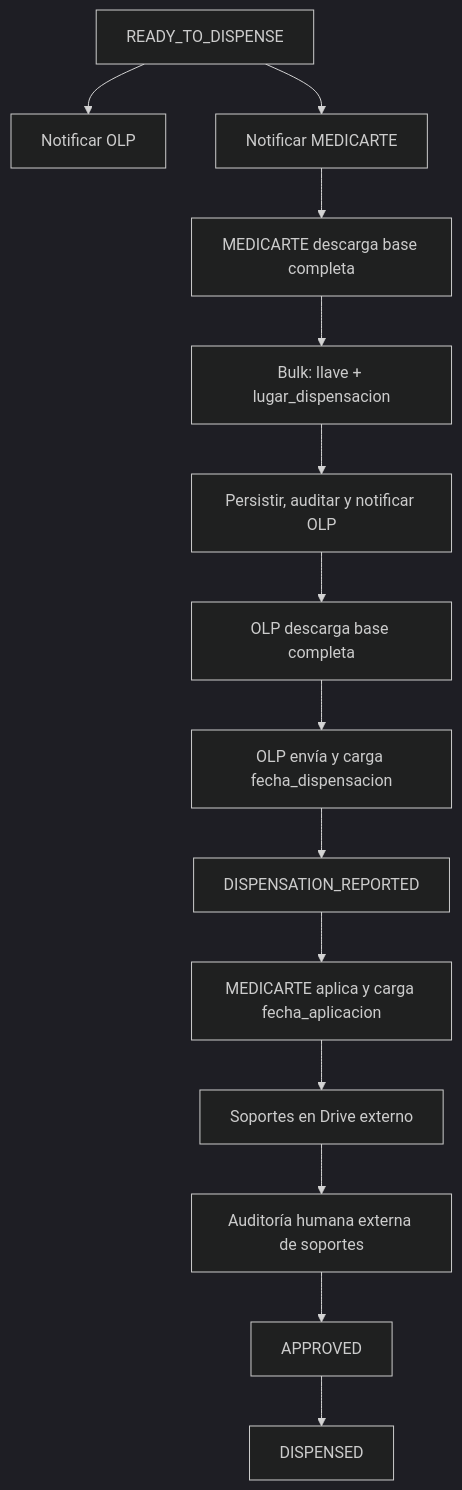
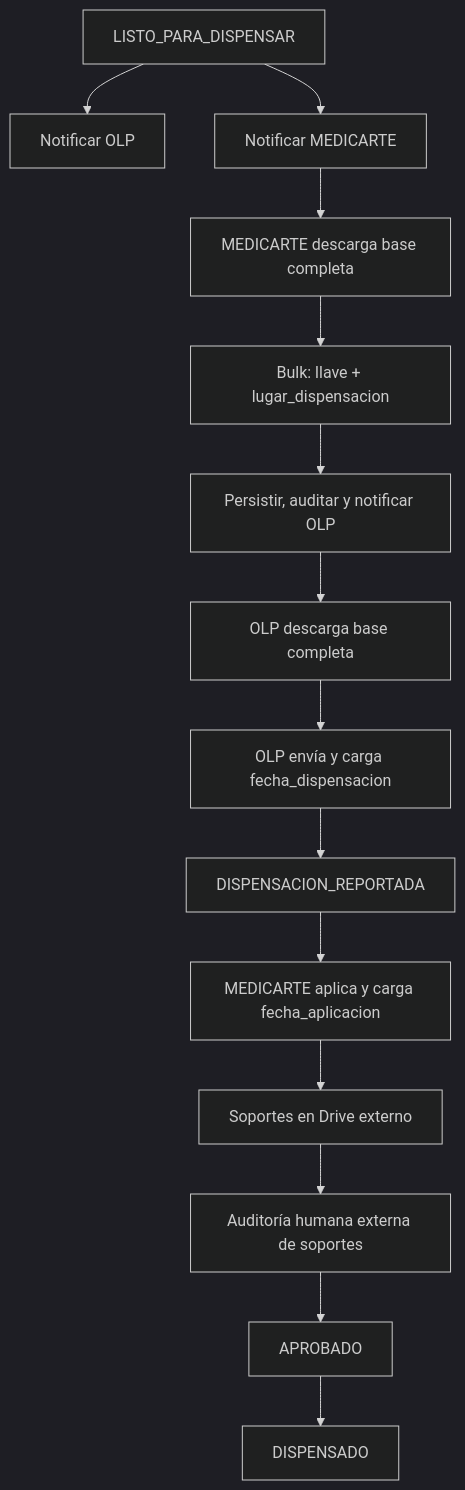
The second of 5 diagrams in docs/architecture/arquitectura_plataforma_autorizaciones.md (andresalvarezb/mtd-olp-medicarte), drawn with Mermaid (dark theme) before and after one commit. The commit also changed other lines of this file and 143 other files, not shown here.

````diff
--- a/docs/architecture/arquitectura_plataforma_autorizaciones.md
+++ b/docs/architecture/arquitectura_plataforma_autorizaciones.md
@@ -269,16 +270,16 @@
 ```mermaid
 flowchart TD
-    R["READY_TO_DISPENSE"] --> N1["Notificar OLP"]
+    R["LISTO_PARA_DISPENSAR"] --> N1["Notificar OLP"]
     R --> N2["Notificar MEDICARTE"]
     N2 --> M["MEDICARTE descarga base completa"]
     M --> L["Bulk: llave + lugar_dispensacion"]
     L --> N3["Persistir, auditar y notificar OLP"]
     N3 --> O["OLP descarga base completa"]
     O --> D["OLP envía y carga fecha_dispensacion"]
-    D --> DR["DISPENSATION_REPORTED"]
+    D --> DR["DISPENSACION_REPORTADA"]
     DR --> X["MEDICARTE aplica y carga fecha_aplicacion"]
     X --> S["Soportes en Drive externo"]
     S --> AU["Auditoría humana externa de soportes"]
-    AU --> AP["APPROVED"]
-    AP --> DI["DISPENSED"]
+    AU --> AP["APROBADO"]
+    AP --> DI["DISPENSADO"]
 ```
````
